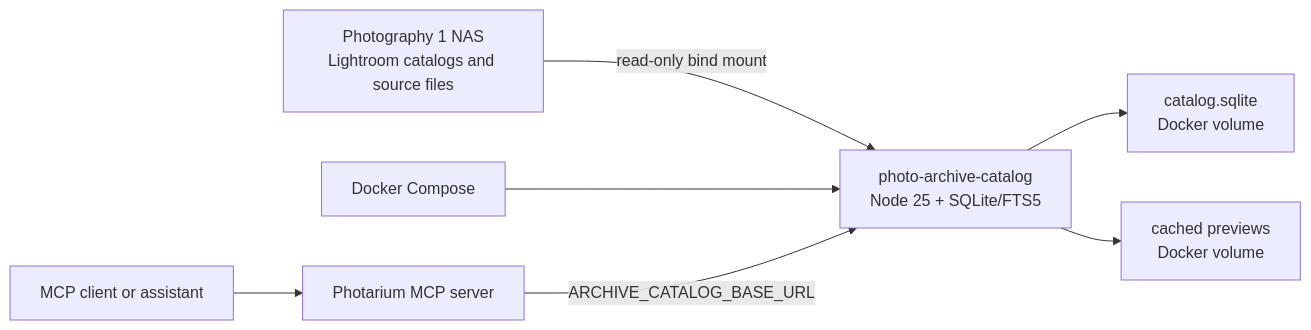
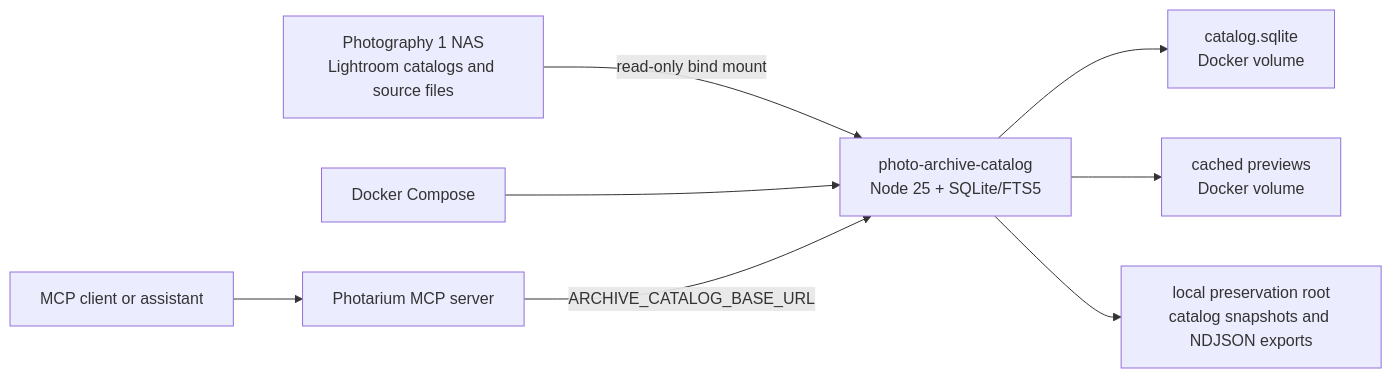
One commit to bleeckerj/nfl-photarium changed the diagram in docs/photo-archive-catalog.md. Above: the diagram before and after it, drawn with Mermaid. The commit also changed other lines of this file and 16 other files, not shown here.

````diff
--- a/docs/photo-archive-catalog.md
+++ b/docs/photo-archive-catalog.md
@@ -20,17 +21,19 @@
 ```mermaid
 flowchart LR
   NAS["Photography 1 NAS\nLightroom catalogs and source files"]
   Compose["Docker Compose"]
   Catalog["photo-archive-catalog\nNode 25 + SQLite/FTS5"]
   DB["catalog.sqlite\nDocker volume"]
   Preview["cached previews\nDocker volume"]
+  Preserve["local preservation root\ncatalog snapshots and NDJSON exports"]
   MCP["Photarium MCP server"]
   Agent["MCP client or assistant"]
 
   NAS -->|read-only bind mount| Catalog
   Compose --> Catalog
   Catalog --> DB
   Catalog --> Preview
+  Catalog --> Preserve
   Agent --> MCP
   MCP -->|ARCHIVE_CATALOG_BASE_URL| Catalog
 ```
````
